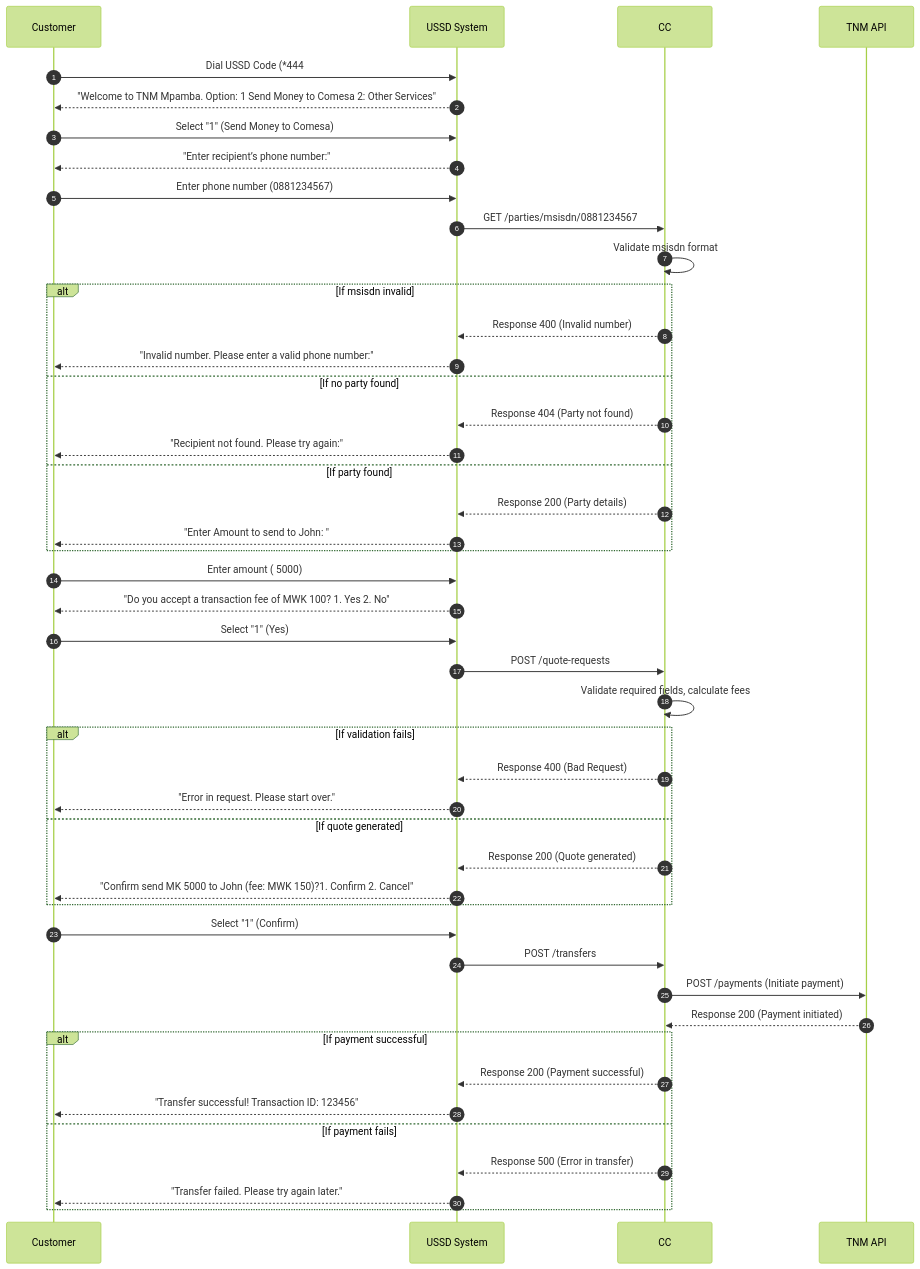
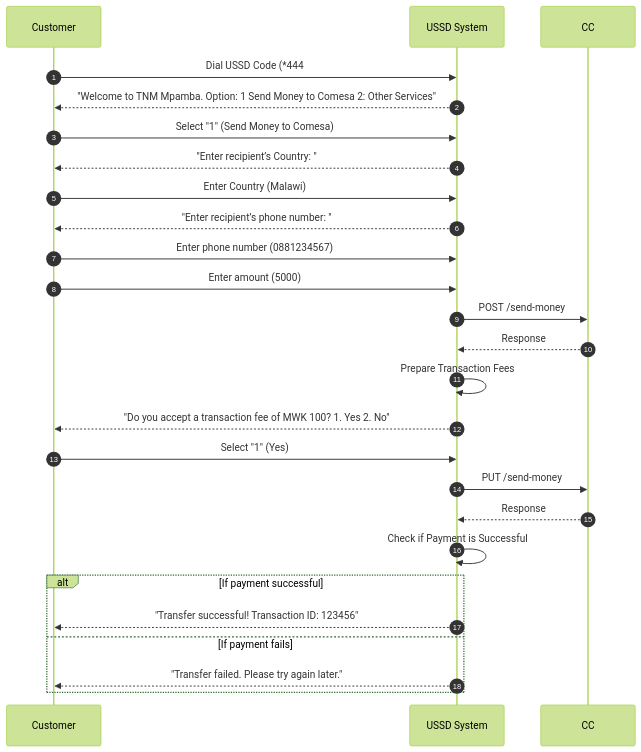
One commit to mojaloop/ml-reference-connectors changed the diagram in tnm-mw-core-connector/docs/ussd_customer_journey.md. Above: the diagram before and after it, drawn with Mermaid (forest theme).

Commit message:
docs: updated ussd journey document

````diff
--- a/tnm-mw-core-connector/docs/ussd_customer_journey.md
+++ b/tnm-mw-core-connector/docs/ussd_customer_journey.md
@@ -1,52 +1,33 @@
 ```mermaid
 sequenceDiagram
   autonumber
   Customer->>USSD System: Dial USSD Code (*444#)
   USSD System-->>Customer: "Welcome to TNM Mpamba. Option: 1 Send Money to Comesa 2: Other Services"
   Customer->>USSD System: Select "1" (Send Money to Comesa)
   
-  USSD System-->>Customer: "Enter recipient’s phone number:"
+  USSD System-->>Customer: "Enter recipient’s Country: "
+  Customer->>USSD System: Enter Country (Malawi)
+  USSD System-->>Customer: "Enter recipient’s phone number: "
   Customer->>USSD System: Enter phone number (0881234567)
   
-  USSD System->>CC: GET /parties/msisdn/0881234567
-  CC->>CC: Validate msisdn format
-  Alt If msisdn invalid
-    CC-->>USSD System: Response 400 (Invalid number)
-    USSD System-->>Customer: "Invalid number. Please enter a valid phone number:"
-  Else If no party found
-    CC-->>USSD System: Response 404 (Party not found)
-    USSD System-->>Customer: "Recipient not found. Please try again:"
-  Else If party found
-    CC-->>USSD System: Response 200 (Party details)
-    USSD System-->>Customer: "Enter Amount to send to John: "
-  End
+
   
-  Customer->>USSD System: Enter amount ( 5000)
-  
+  Customer->>USSD System: Enter amount (5000)
+  USSD System->>CC: POST /send-money
+  CC-->>USSD System: Response
+  USSD System->>USSD System: Prepare Transaction Fees
   USSD System-->>Customer: "Do you accept a transaction fee of MWK 100? 1. Yes 2. No"
   Customer->>USSD System: Select "1" (Yes)
   
-  USSD System->>CC: POST /quote-requests
-  CC->>CC: Validate required fields, calculate fees
-  Alt If validation fails
-    CC-->>USSD System: Response 400 (Bad Request)
-    USSD System-->>Customer: "Error in request. Please start over."
-  Else If quote generated
-    CC-->>USSD System: Response 200 (Quote generated)
-    USSD System-->>Customer: "Confirm send MK 5000 to John (fee: MWK 150)?1. Confirm 2. Cancel"
-  End
-  
-  Customer->>USSD System: Select "1" (Confirm)
-  
-  USSD System->>CC: POST /transfers
-  CC->>TNM API: POST /payments (Initiate payment)
-  TNM API-->>CC: Response 200 (Payment initiated)
+  USSD System->>CC: PUT /send-money
+  CC-->>USSD System: Response
+  USSD System->>USSD System: Check if Payment is Successful
   
   Alt If payment successful
-    CC-->>USSD System: Response 200 (Payment successful)
+
     USSD System-->>Customer: "Transfer successful! Transaction ID: 123456"
   Else If payment fails
-    CC-->>USSD System: Response 500 (Error in transfer)
+    
     USSD System-->>Customer: "Transfer failed. Please try again later."
   End
 ```
````
